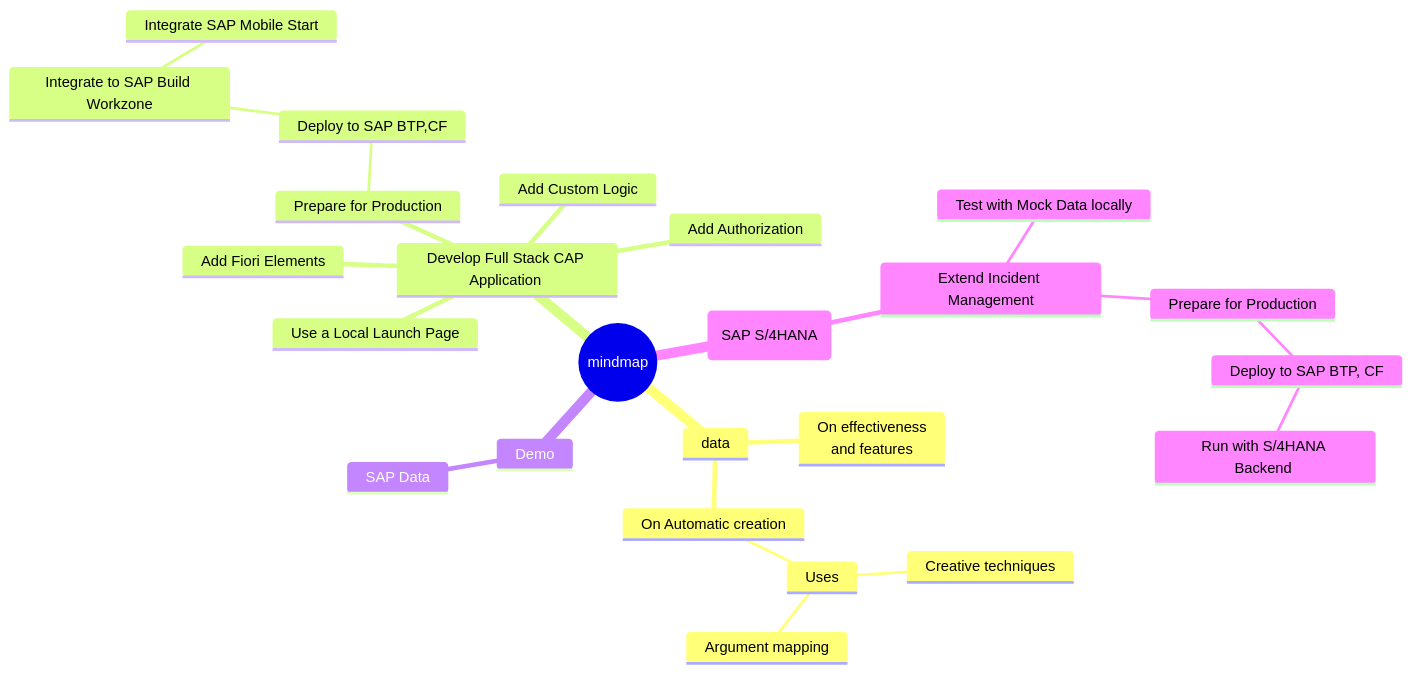
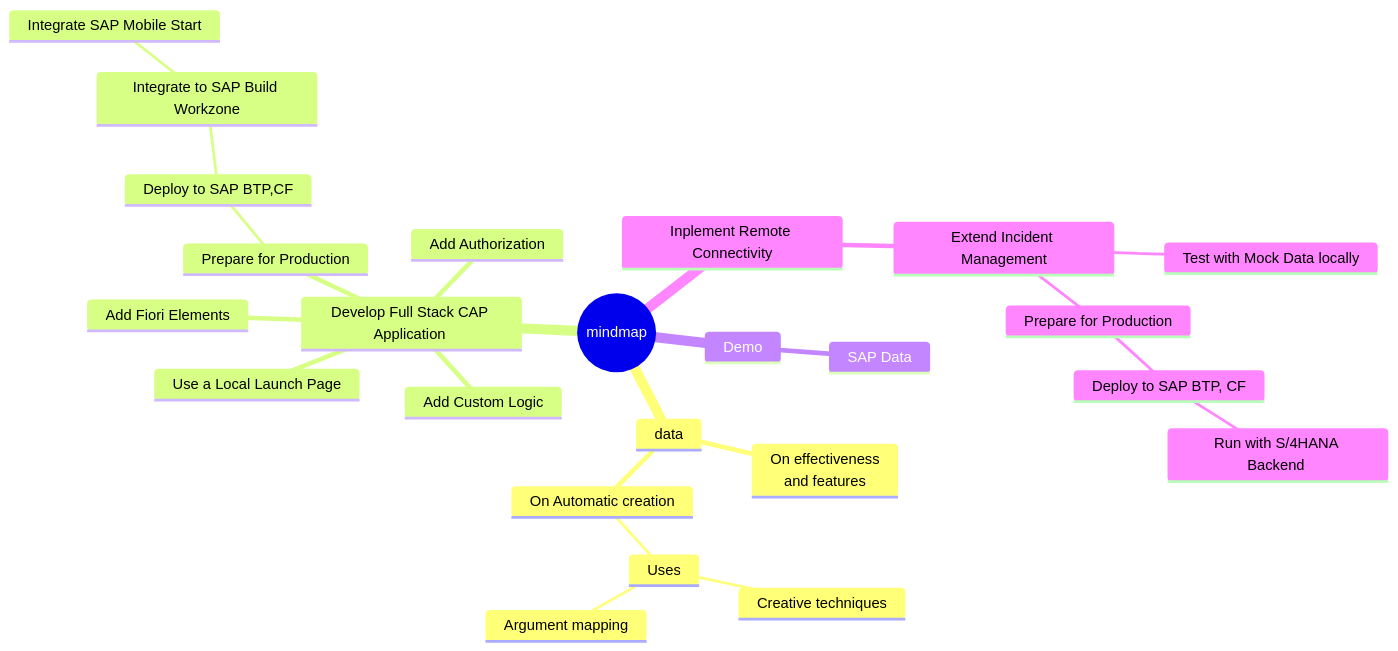
Before and after one commit to ejazsyed/validation-issue: the first of 4 diagrams in README.md, drawn with Mermaid.

````diff
--- a/README.md
+++ b/README.md
@@ -7,28 +7,28 @@
 ```mermaid
    mindmap
   root((mindmap))
     data
       On effectiveness<br/>and features
       On Automatic creation
         Uses
             Creative techniques
             Argument mapping
     Develop Full Stack CAP Application 
       Add Custom Logic
       Add Fiori Elements
       Use a Local Launch Page
       Add Authorization
       Prepare for Production
         Deploy to SAP BTP,CF
           Integrate to SAP Build Workzone
             Integrate SAP Mobile Start
     Demo
       SAP Data
-    Inplement Remote Connectivity(SAP S/4HANA)
+    Inplement Remote Connectivity
       Extend Incident Management
         Test with Mock Data locally
         Prepare for Production
           Deploy to SAP BTP, CF
             Run with S/4HANA Backend 
 
 ```
````
